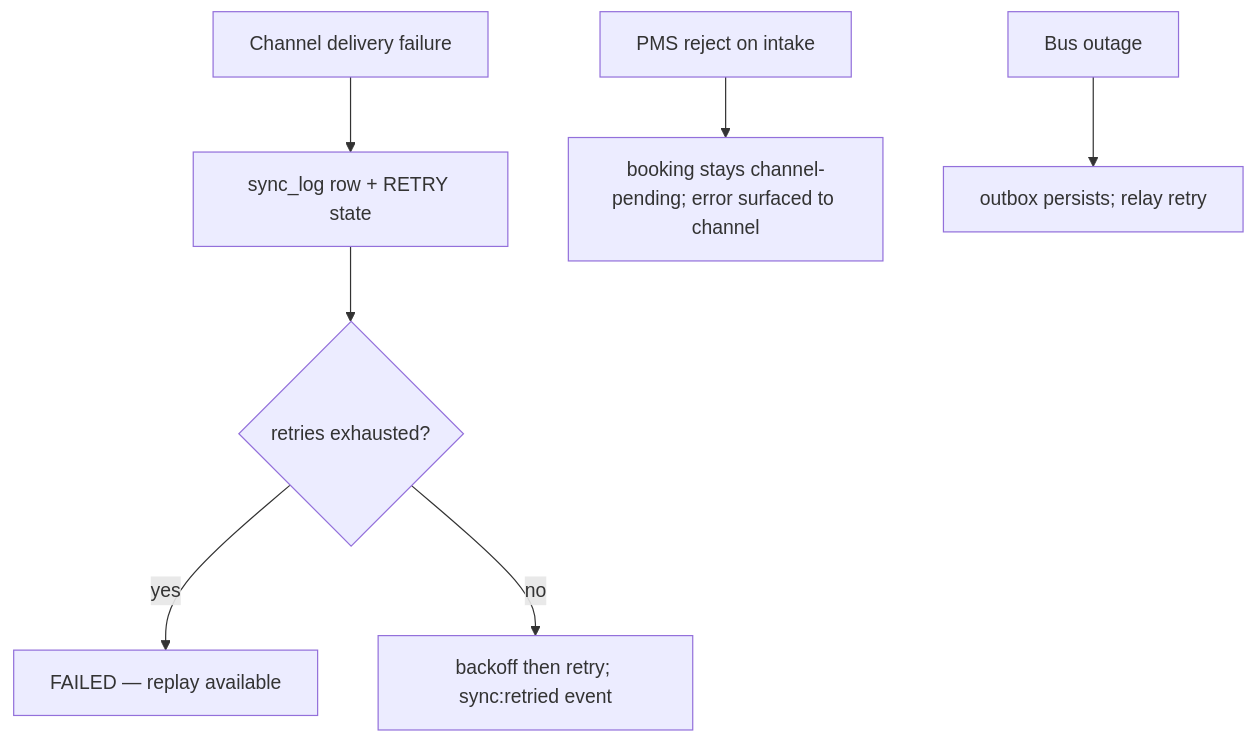
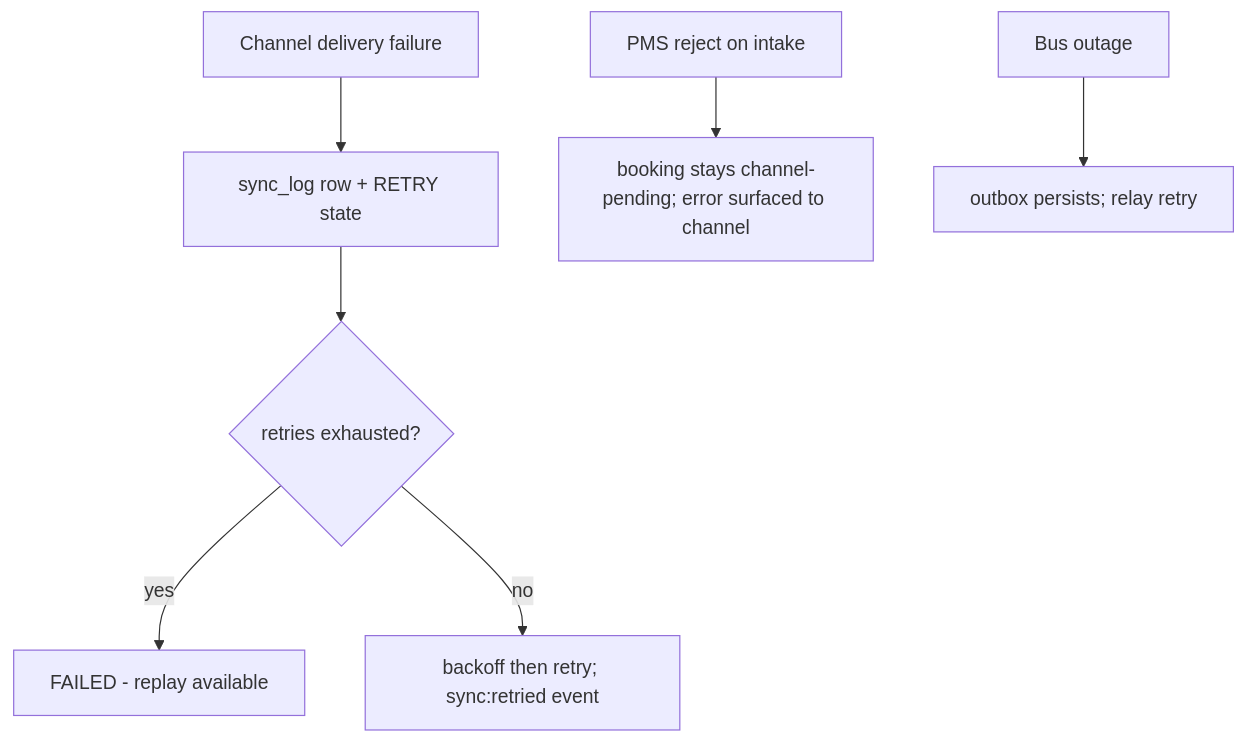
The ninth of 11 diagrams in docs/products/distrib/design.md (Hotel8/hotel8-site), drawn with Mermaid before and after one commit. The commit also changed other lines of this file and 61 other files, not shown here.

````diff
--- a/docs/products/distrib/design.md
+++ b/docs/products/distrib/design.md
@@ -190,9 +190,9 @@
 ```mermaid
 flowchart TD
     A[Channel delivery failure] --> B[sync_log row + RETRY state]
     B --> C{retries exhausted?}
-    C -->|yes| D[FAILED — replay available]
+    C -->|yes| D[FAILED - replay available]
     C -->|no| E[backoff then retry; sync:retried event]
     F[PMS reject on intake] --> G[booking stays channel-pending; error surfaced to channel]
     H[Bus outage] --> I[outbox persists; relay retry]
 ```
````
